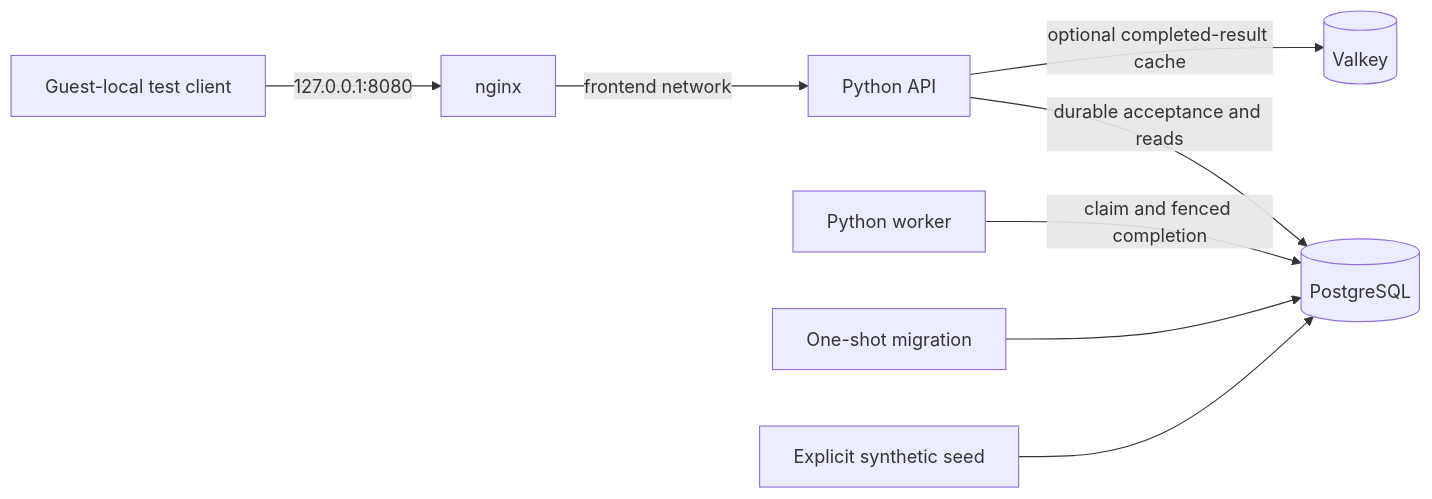
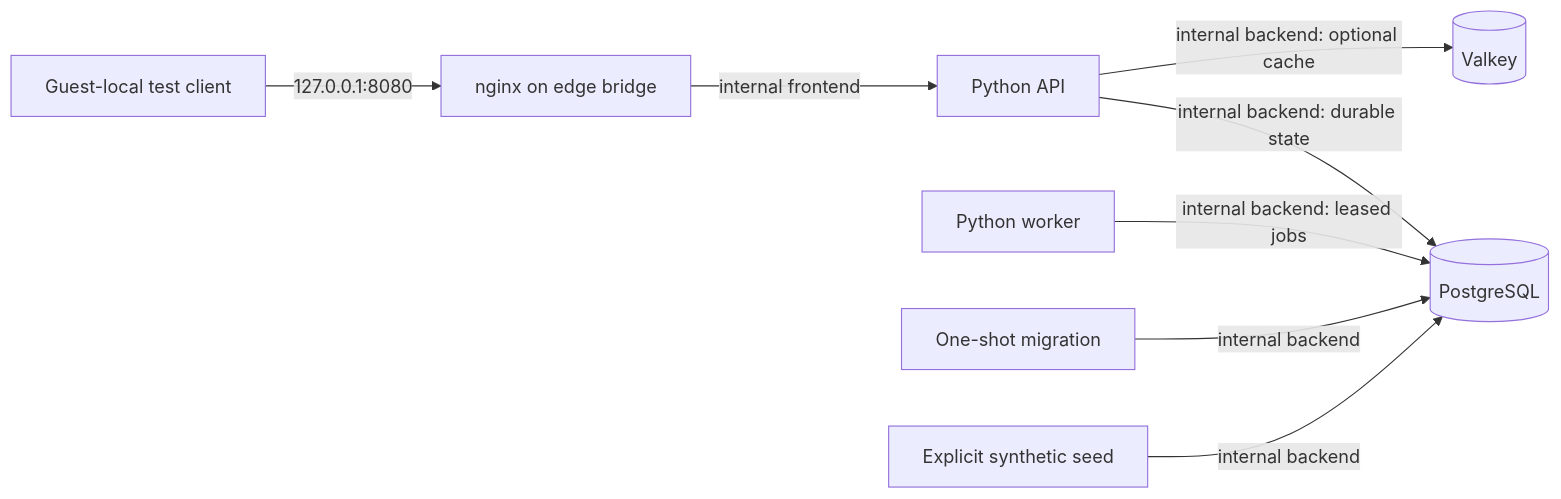
One commit to Yash-PK/ops-containerized-service-platform changed the diagram in README.md. Above: the diagram before and after it, drawn with Mermaid. The commit also changed other lines of this file and 9 other files, not shown here.

````diff
--- a/README.md
+++ b/README.md
@@ -14,10 +14,10 @@
 ```mermaid
 flowchart LR
-    client[Guest-local test client] -->|127.0.0.1:8080| proxy[nginx]
-    proxy -->|frontend network| api[Python API]
-    api -->|durable acceptance and reads| db[(PostgreSQL)]
-    worker[Python worker] -->|claim and fenced completion| db
-    api -->|optional completed-result cache| cache[(Valkey)]
-    migrate[One-shot migration] --> db
-    seed[Explicit synthetic seed] --> db
+    client[Guest-local test client] -->|127.0.0.1:8080| proxy[nginx on edge bridge]
+    proxy -->|internal frontend| api[Python API]
+    api -->|internal backend: durable state| db[(PostgreSQL)]
+    worker[Python worker] -->|internal backend: leased jobs| db
+    api -->|internal backend: optional cache| cache[(Valkey)]
+    migrate[One-shot migration] -->|internal backend| db
+    seed[Explicit synthetic seed] -->|internal backend| db
 ```
````
